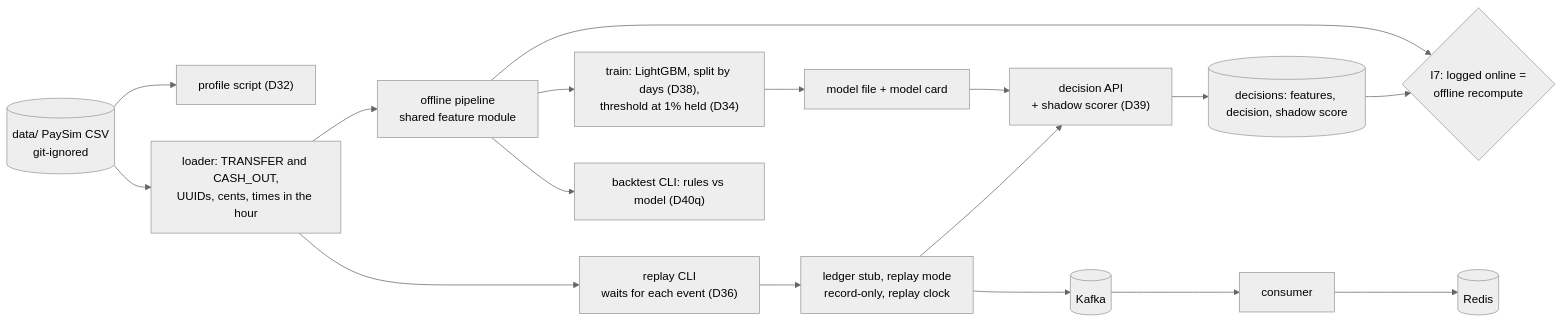
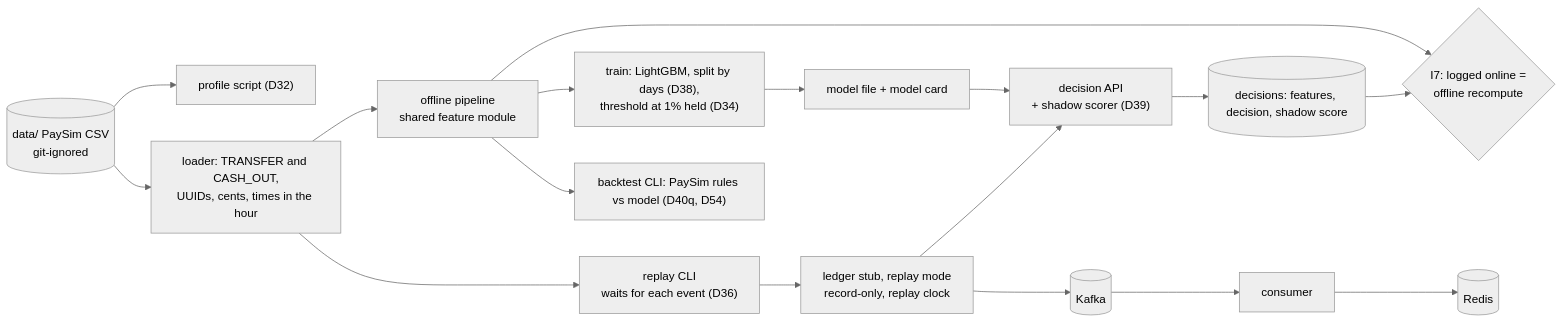
One commit to jenishmsoni45/risk-engine changed the sixth of 6 diagrams in docs/architecture.md. Above: the diagram before and after it, drawn with Mermaid (neutral theme). The commit also changed 5 other files, not shown here.

Commit message:
Record the PaySim profile and what it settled: sample confirmed, a PaySim rule set, no hour input (D54)

````diff
--- a/docs/architecture.md
+++ b/docs/architecture.md
@@ -241,19 +241,19 @@
 ```mermaid
 flowchart LR
     csv[("data/ PaySim CSV<br/>git-ignored")] --> profile["profile script (D32)"]
     csv --> loader["loader: TRANSFER and CASH_OUT,<br/>UUIDs, cents, times in the hour"]
     loader --> offline["offline pipeline<br/>shared feature module"]
     loader --> replay["replay CLI<br/>waits for each event (D36)"]
     replay --> stubr["ledger stub, replay mode<br/>record-only, replay clock"]
     stubr --> apis["decision API<br/>+ shadow scorer (D39)"]
     stubr --> kafka2[("Kafka")]
     kafka2 --> consumer2["consumer"]
     consumer2 --> redis2[("Redis")]
     apis --> log[("decisions: features, decision, shadow score")]
     offline --> train["train: LightGBM, split by days (D38),<br/>threshold at 1% held (D34)"]
     train --> card["model file + model card"]
     card --> apis
-    offline --> backtest["backtest CLI: rules vs model (D40q)"]
+    offline --> backtest["backtest CLI: PaySim rules vs model (D40q, D54)"]
     log --> parity{"I7: logged online =<br/>offline recompute"}
     offline --> parity
 ```
````
